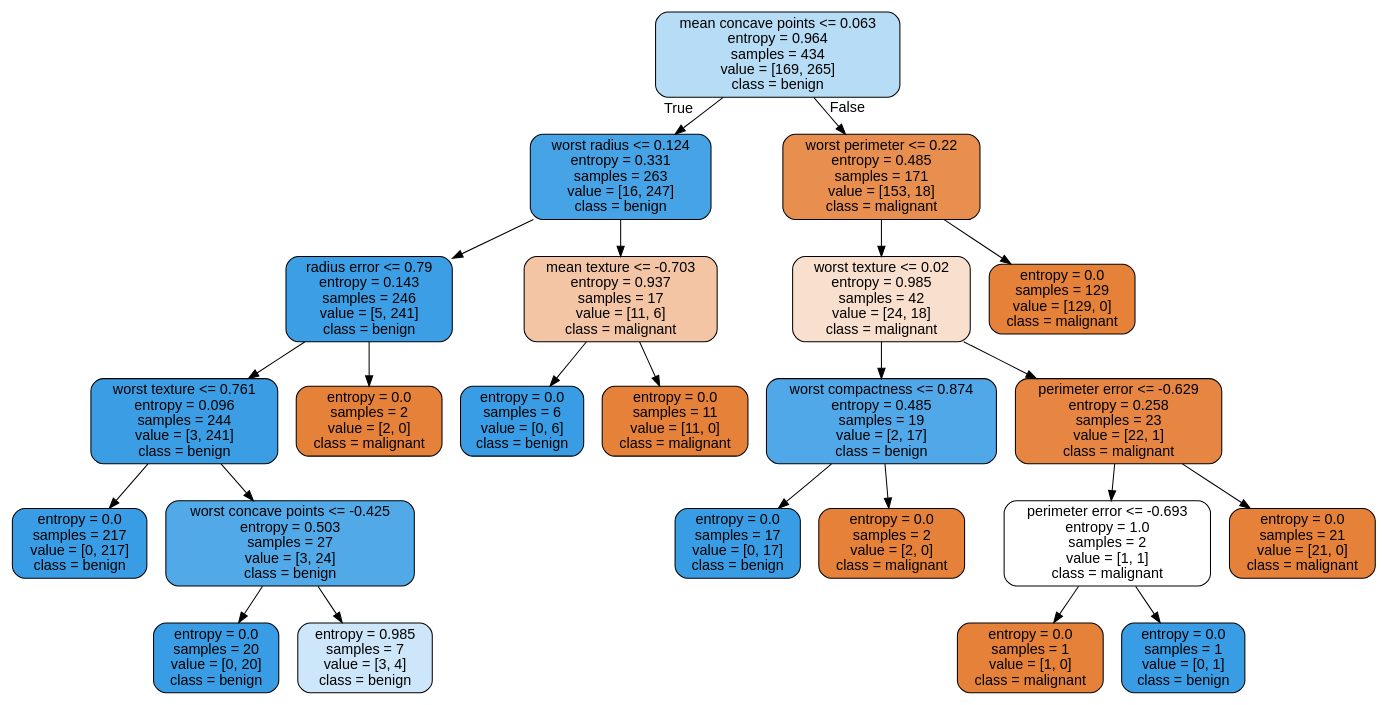
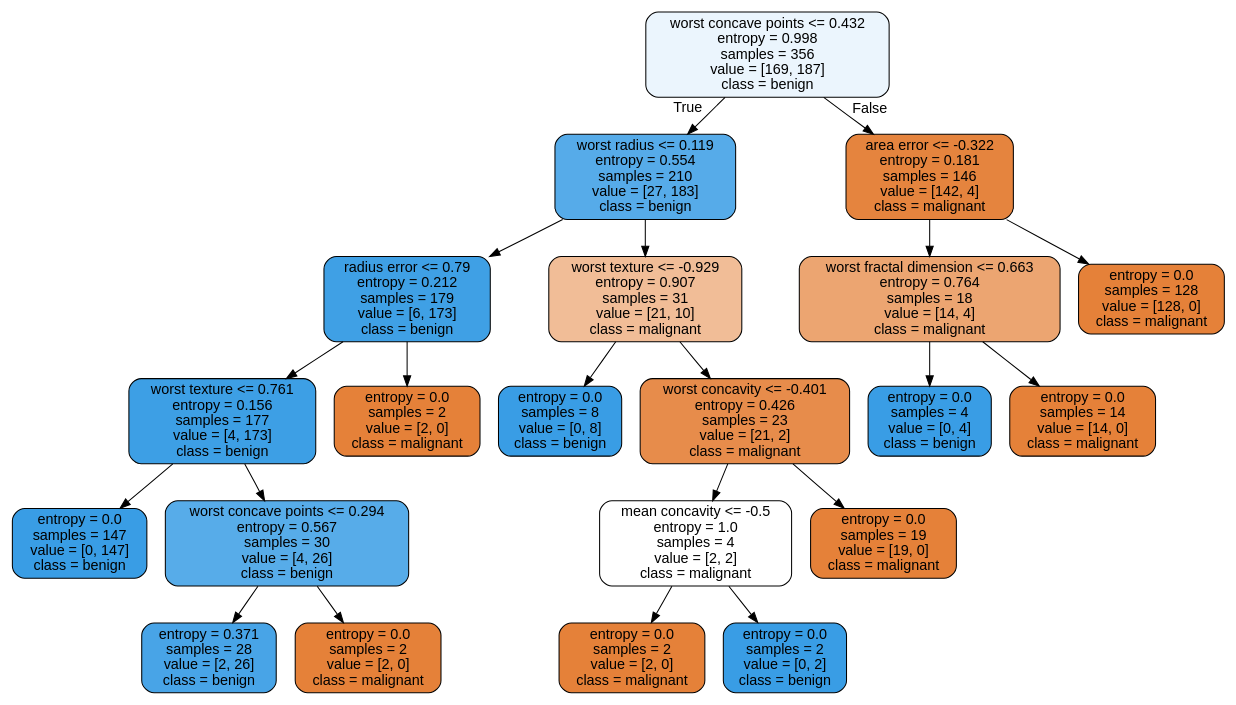
Before and after one commit to ahadimuhsin/credit-card-fraud-detection: the diagram in tree_breast_cancer_enn.dot, drawn with Graphviz. The commit also changed 35 other files, not shown here.

```diff
--- a/tree_breast_cancer_enn.dot
+++ b/tree_breast_cancer_enn.dot
@@ -1,49 +1,45 @@
 digraph Tree {
 node [shape=box, style="filled, rounded", color="black", fontname=helvetica] ;
 edge [fontname=helvetica] ;
-0 [label="mean concave points <= 0.063\nentropy = 0.964\nsamples = 434\nvalue = [169, 265]\nclass = benign", fillcolor="#399de55c"] ;
-1 [label="worst radius <= 0.124\nentropy = 0.331\nsamples = 263\nvalue = [16, 247]\nclass = benign", fillcolor="#399de5ee"] ;
+0 [label="worst concave points <= 0.432\nentropy = 0.998\nsamples = 356\nvalue = [169, 187]\nclass = benign", fillcolor="#399de519"] ;
+1 [label="worst radius <= 0.119\nentropy = 0.554\nsamples = 210\nvalue = [27, 183]\nclass = benign", fillcolor="#399de5d9"] ;
 0 -> 1 [labeldistance=2.5, labelangle=45, headlabel="True"] ;
-2 [label="radius error <= 0.79\nentropy = 0.143\nsamples = 246\nvalue = [5, 241]\nclass = benign", fillcolor="#399de5fa"] ;
+2 [label="radius error <= 0.79\nentropy = 0.212\nsamples = 179\nvalue = [6, 173]\nclass = benign", fillcolor="#399de5f6"] ;
 1 -> 2 ;
-3 [label="worst texture <= 0.761\nentropy = 0.096\nsamples = 244\nvalue = [3, 241]\nclass = benign", fillcolor="#399de5fc"] ;
+3 [label="worst texture <= 0.761\nentropy = 0.156\nsamples = 177\nvalue = [4, 173]\nclass = benign", fillcolor="#399de5f9"] ;
 2 -> 3 ;
-4 [label="entropy = 0.0\nsamples = 217\nvalue = [0, 217]\nclass = benign", fillcolor="#399de5ff"] ;
+4 [label="entropy = 0.0\nsamples = 147\nvalue = [0, 147]\nclass = benign", fillcolor="#399de5ff"] ;
 3 -> 4 ;
-5 [label="worst concave points <= -0.425\nentropy = 0.503\nsamples = 27\nvalue = [3, 24]\nclass = benign", fillcolor="#399de5df"] ;
+5 [label="worst concave points <= 0.294\nentropy = 0.567\nsamples = 30\nvalue = [4, 26]\nclass = benign", fillcolor="#399de5d8"] ;
 3 -> 5 ;
-6 [label="entropy = 0.0\nsamples = 20\nvalue = [0, 20]\nclass = benign", fillcolor="#399de5ff"] ;
+6 [label="entropy = 0.371\nsamples = 28\nvalue = [2, 26]\nclass = benign", fillcolor="#399de5eb"] ;
 5 -> 6 ;
-7 [label="entropy = 0.985\nsamples = 7\nvalue = [3, 4]\nclass = benign", fillcolor="#399de540"] ;
+7 [label="entropy = 0.0\nsamples = 2\nvalue = [2, 0]\nclass = malignant", fillcolor="#e58139ff"] ;
 5 -> 7 ;
 8 [label="entropy = 0.0\nsamples = 2\nvalue = [2, 0]\nclass = malignant", fillcolor="#e58139ff"] ;
 2 -> 8 ;
-9 [label="mean texture <= -0.703\nentropy = 0.937\nsamples = 17\nvalue = [11, 6]\nclass = malignant", fillcolor="#e5813974"] ;
+9 [label="worst texture <= -0.929\nentropy = 0.907\nsamples = 31\nvalue = [21, 10]\nclass = malignant", fillcolor="#e5813986"] ;
 1 -> 9 ;
-10 [label="entropy = 0.0\nsamples = 6\nvalue = [0, 6]\nclass = benign", fillcolor="#399de5ff"] ;
+10 [label="entropy = 0.0\nsamples = 8\nvalue = [0, 8]\nclass = benign", fillcolor="#399de5ff"] ;
 9 -> 10 ;
-11 [label="entropy = 0.0\nsamples = 11\nvalue = [11, 0]\nclass = malignant", fillcolor="#e58139ff"] ;
+11 [label="worst concavity <= -0.401\nentropy = 0.426\nsamples = 23\nvalue = [21, 2]\nclass = malignant", fillcolor="#e58139e7"] ;
 9 -> 11 ;
-12 [label="worst perimeter <= 0.22\nentropy = 0.485\nsamples = 171\nvalue = [153, 18]\nclass = malignant", fillcolor="#e58139e1"] ;
-0 -> 12 [labeldistance=2.5, labelangle=-45, headlabel="False"] ;
-13 [label="worst texture <= 0.02\nentropy = 0.985\nsamples = 42\nvalue = [24, 18]\nclass = malignant", fillcolor="#e5813940"] ;
+12 [label="mean concavity <= -0.5\nentropy = 1.0\nsamples = 4\nvalue = [2, 2]\nclass = malignant", fillcolor="#e5813900"] ;
+11 -> 12 ;
+13 [label="entropy = 0.0\nsamples = 2\nvalue = [2, 0]\nclass = malignant", fillcolor="#e58139ff"] ;
 12 -> 13 ;
-14 [label="worst compactness <= 0.874\nentropy = 0.485\nsamples = 19\nvalue = [2, 17]\nclass = benign", fillcolor="#399de5e1"] ;
-13 -> 14 ;
-15 [label="entropy = 0.0\nsamples = 17\nvalue = [0, 17]\nclass = benign", fillcolor="#399de5ff"] ;
-14 -> 15 ;
-16 [label="entropy = 0.0\nsamples = 2\nvalue = [2, 0]\nclass = malignant", fillcolor="#e58139ff"] ;
-14 -> 16 ;
-17 [label="perimeter error <= -0.629\nentropy = 0.258\nsamples = 23\nvalue = [22, 1]\nclass = malignant", fillcolor="#e58139f3"] ;
-13 -> 17 ;
-18 [label="perimeter error <= -0.693\nentropy = 1.0\nsamples = 2\nvalue = [1, 1]\nclass = malignant", fillcolor="#e5813900"] ;
+14 [label="entropy = 0.0\nsamples = 2\nvalue = [0, 2]\nclass = benign", fillcolor="#399de5ff"] ;
+12 -> 14 ;
+15 [label="entropy = 0.0\nsamples = 19\nvalue = [19, 0]\nclass = malignant", fillcolor="#e58139ff"] ;
+11 -> 15 ;
+16 [label="area error <= -0.322\nentropy = 0.181\nsamples = 146\nvalue = [142, 4]\nclass = malignant", fillcolor="#e58139f8"] ;
+0 -> 16 [labeldistance=2.5, labelangle=-45, headlabel="False"] ;
+17 [label="worst fractal dimension <= 0.663\nentropy = 0.764\nsamples = 18\nvalue = [14, 4]\nclass = malignant", fillcolor="#e58139b6"] ;
+16 -> 17 ;
+18 [label="entropy = 0.0\nsamples = 4\nvalue = [0, 4]\nclass = benign", fillcolor="#399de5ff"] ;
 17 -> 18 ;
-19 [label="entropy = 0.0\nsamples = 1\nvalue = [1, 0]\nclass = malignant", fillcolor="#e58139ff"] ;
-18 -> 19 ;
-20 [label="entropy = 0.0\nsamples = 1\nvalue = [0, 1]\nclass = benign", fillcolor="#399de5ff"] ;
-18 -> 20 ;
-21 [label="entropy = 0.0\nsamples = 21\nvalue = [21, 0]\nclass = malignant", fillcolor="#e58139ff"] ;
-17 -> 21 ;
-22 [label="entropy = 0.0\nsamples = 129\nvalue = [129, 0]\nclass = malignant", fillcolor="#e58139ff"] ;
-12 -> 22 ;
+19 [label="entropy = 0.0\nsamples = 14\nvalue = [14, 0]\nclass = malignant", fillcolor="#e58139ff"] ;
+17 -> 19 ;
+20 [label="entropy = 0.0\nsamples = 128\nvalue = [128, 0]\nclass = malignant", fillcolor="#e58139ff"] ;
+16 -> 20 ;
 }
```
